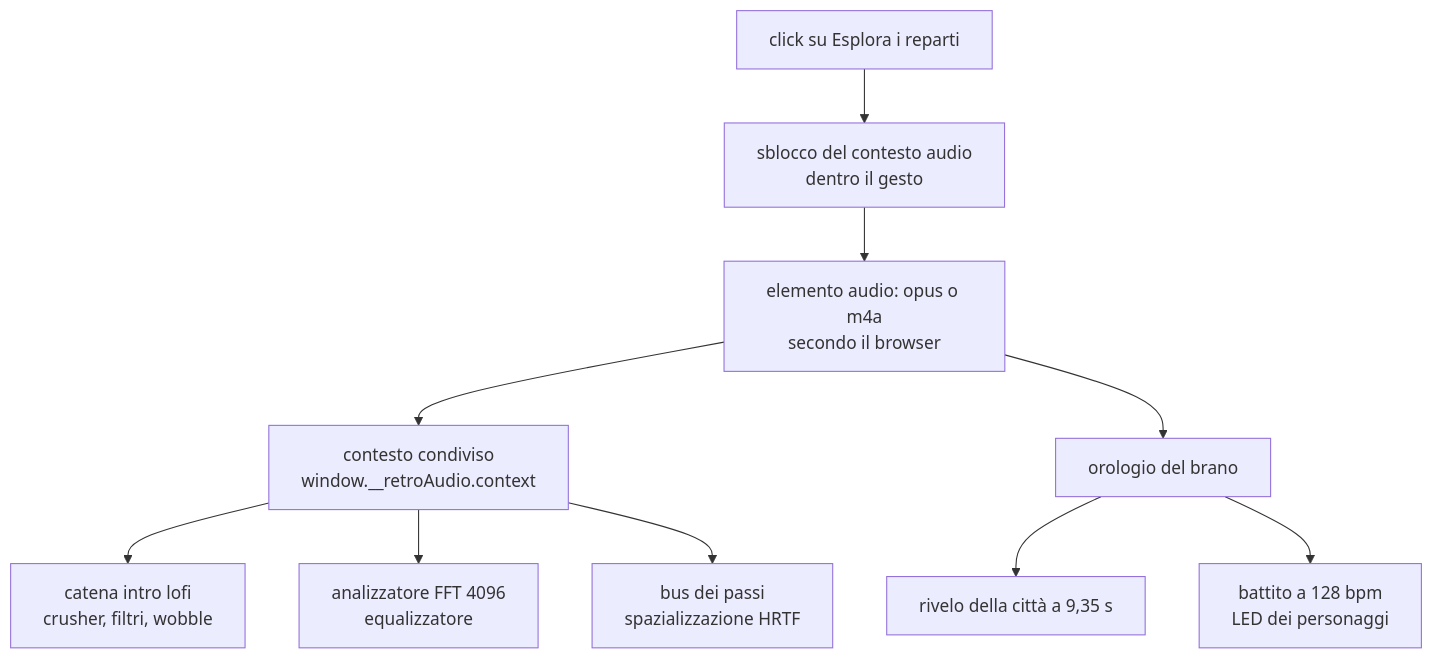
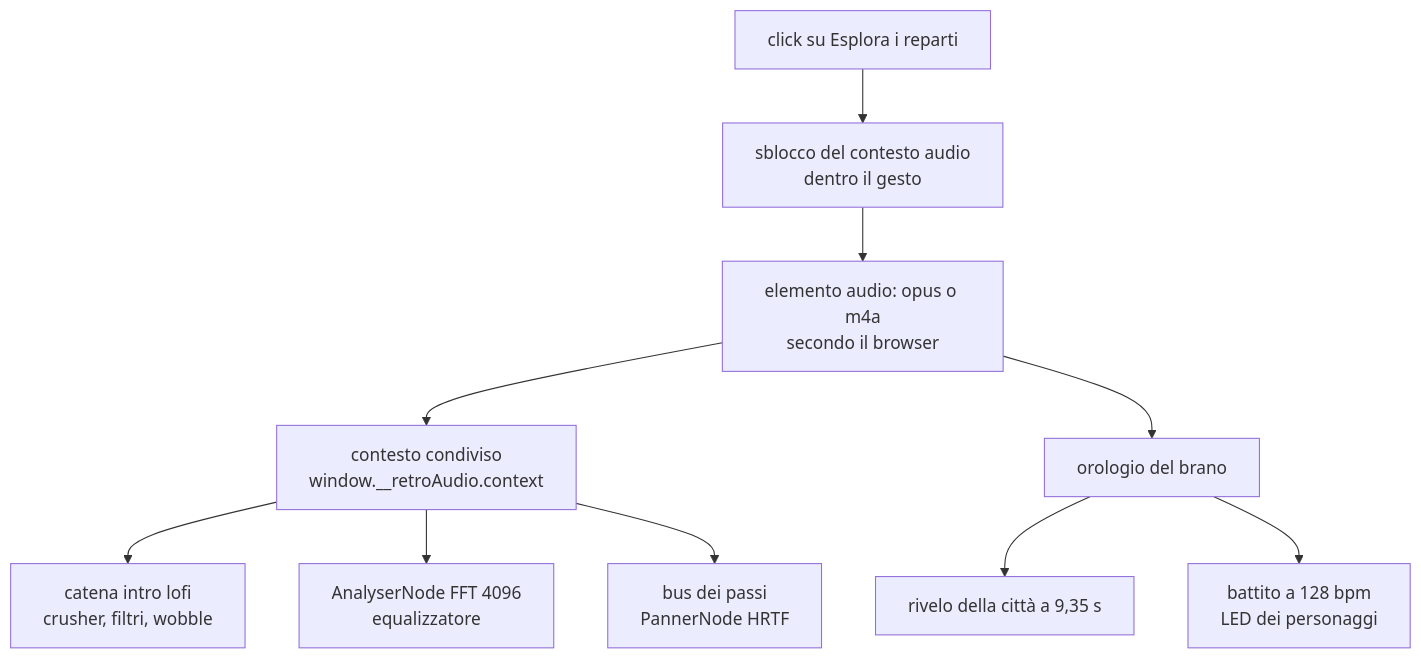
Before and after one commit to ale-ehp/retro-future: the diagram in doc/docs/come-funziona/audio.mdx, drawn with Mermaid. The commit also changed other lines of this file and 22 other files, not shown here.

````diff
--- a/doc/docs/come-funziona/audio.mdx
+++ b/doc/docs/come-funziona/audio.mdx
@@ -66,12 +64,12 @@
 ```mermaid
 flowchart TB
   A[click su Esplora i reparti] --> B[sblocco del contesto audio<br/>dentro il gesto]
   B --> C[elemento audio: opus o m4a<br/>secondo il browser]
   C --> D[contesto condiviso<br/>window.__retroAudio.context]
   D --> E[catena intro lofi<br/>crusher, filtri, wobble]
-  D --> F[analizzatore FFT 4096<br/>equalizzatore]
-  D --> G[bus dei passi<br/>spazializzazione HRTF]
+  D --> F[AnalyserNode FFT 4096<br/>equalizzatore]
+  D --> G[bus dei passi<br/>PannerNode HRTF]
   C --> H[orologio del brano]
   H --> I[rivelo della città a 9,35 s]
   H --> J[battito a 128 bpm<br/>LED dei personaggi]
 ```
````
